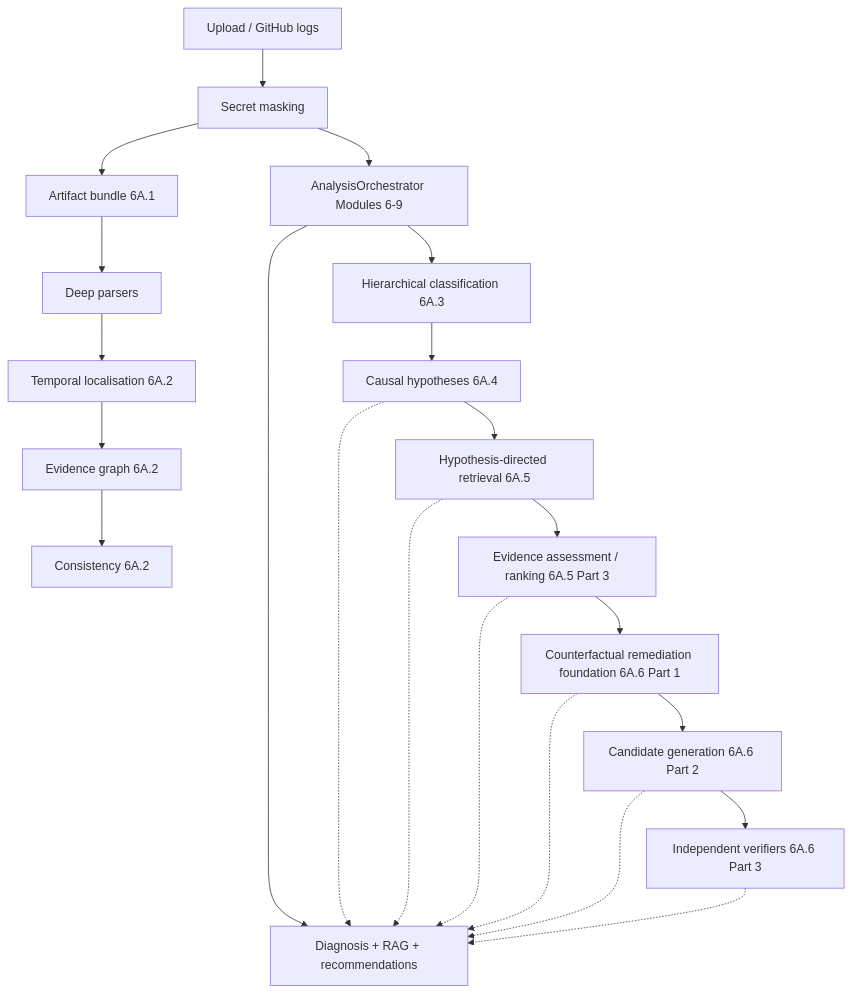
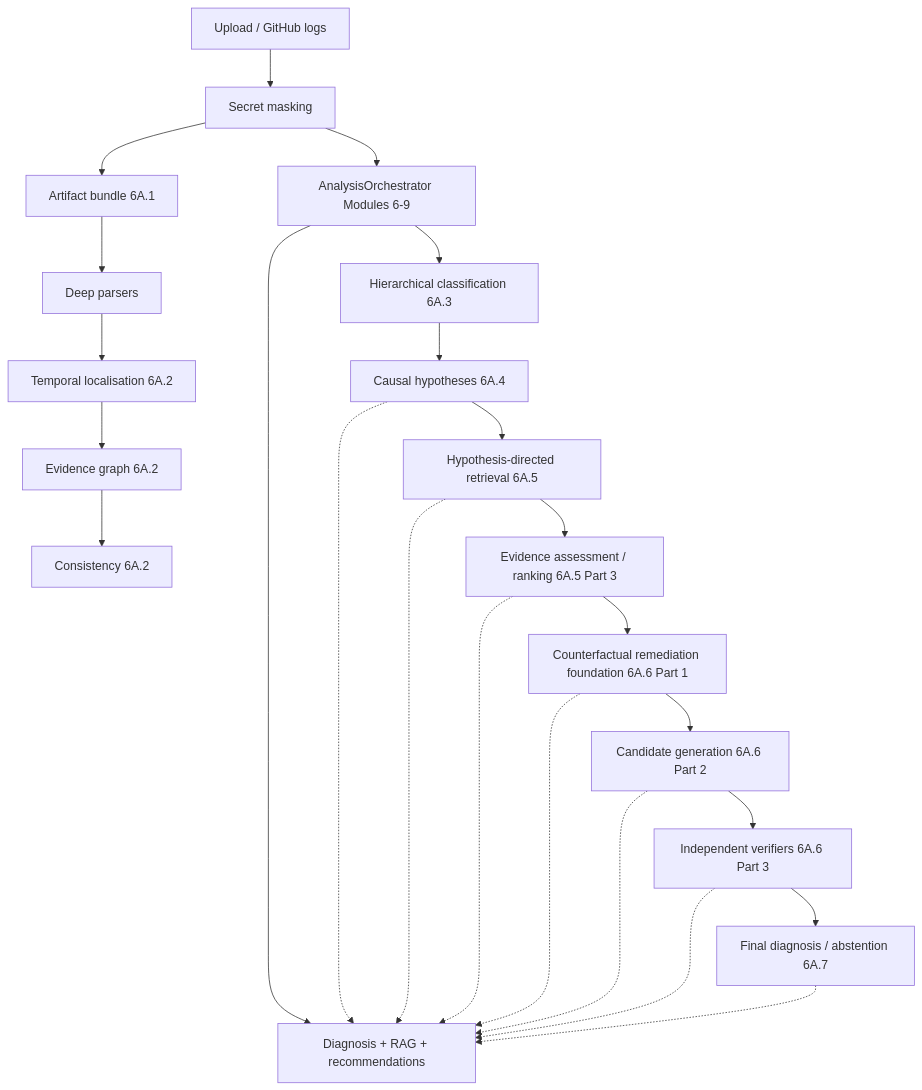
One commit to chanukaabeysinghe1031/devguard_ai changed the diagram in docs/PHASE6A_CAUSAL_AI_PIPELINE.md. Above: the diagram before and after it, drawn with Mermaid. The commit also changed other lines of this file and 7 other files, not shown here.

````diff
--- a/docs/PHASE6A_CAUSAL_AI_PIPELINE.md
+++ b/docs/PHASE6A_CAUSAL_AI_PIPELINE.md
@@ -25,24 +26,26 @@
 ```mermaid
 flowchart TB
   U[Upload / GitHub logs] --> M[Secret masking]
   M --> O[AnalysisOrchestrator Modules 6-9]
   M --> B[Artifact bundle 6A.1]
   B --> P[Deep parsers]
   P --> T[Temporal localisation 6A.2]
   T --> G[Evidence graph 6A.2]
   G --> C[Consistency 6A.2]
   O --> H[Hierarchical classification 6A.3]
   H --> Y[Causal hypotheses 6A.4]
   Y --> R5[Hypothesis-directed retrieval 6A.5]
   R5 --> E5[Evidence assessment / ranking 6A.5 Part 3]
   E5 --> F6[Counterfactual remediation foundation 6A.6 Part 1]
   F6 --> G6[Candidate generation 6A.6 Part 2]
   G6 --> V6[Independent verifiers 6A.6 Part 3]
+  V6 --> D7[Final diagnosis / abstention 6A.7]
   O --> D[Diagnosis + RAG + recommendations]
   Y -.-> D
   R5 -.-> D
   E5 -.-> D
   F6 -.-> D
   G6 -.-> D
   V6 -.-> D
+  D7 -.-> D
 ```
````
